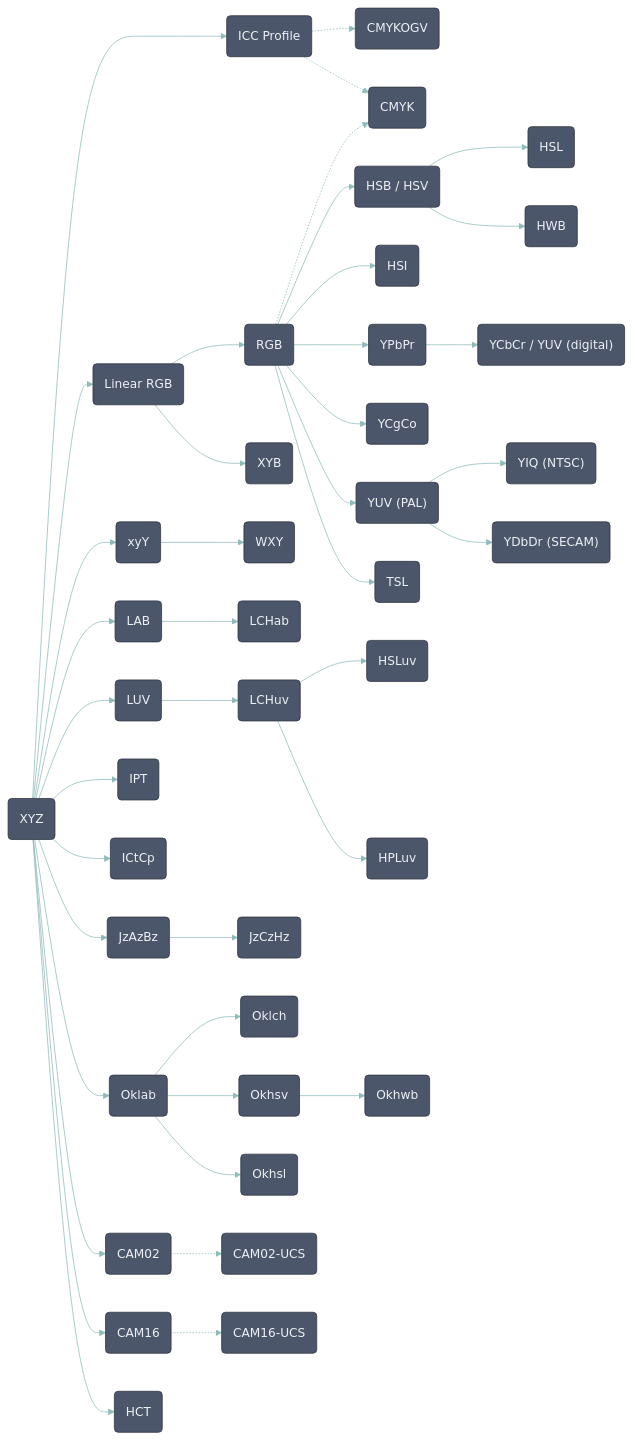
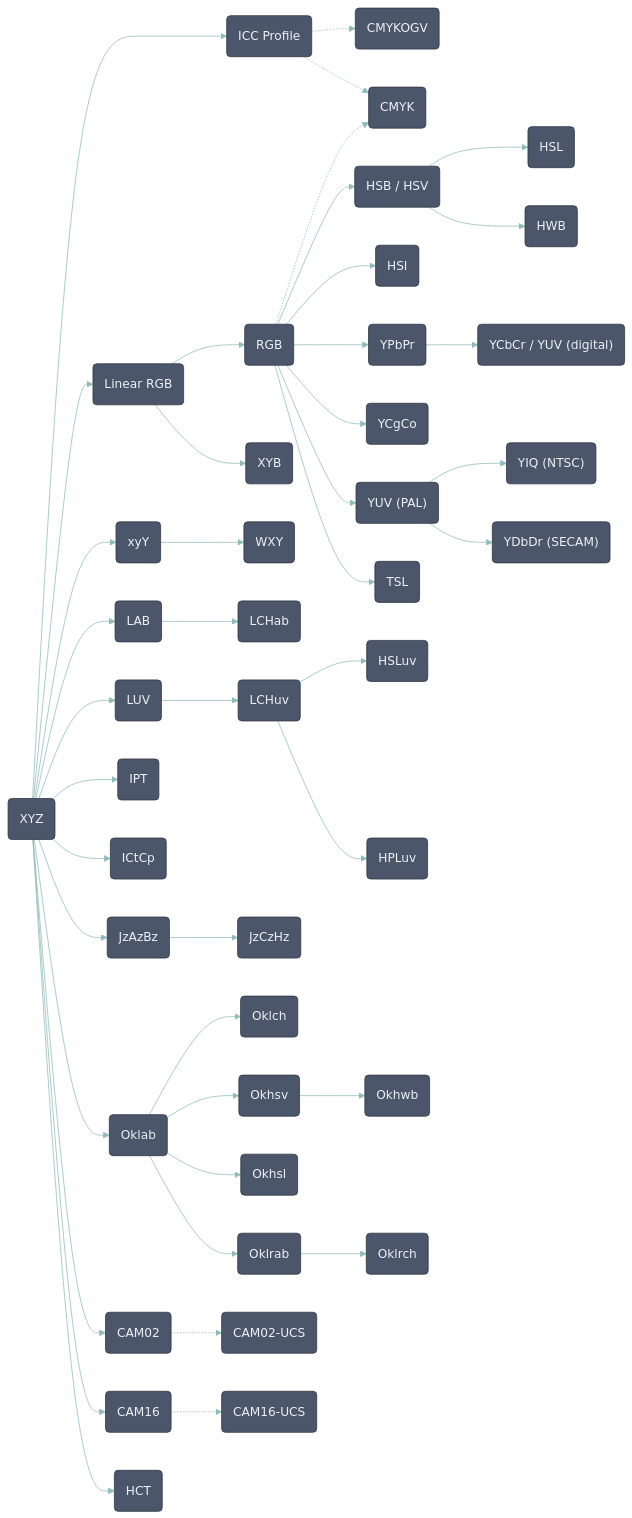
The first of 2 diagrams in Unicolour.Readme/README.md (waacton/Unicolour), drawn with Mermaid before and after one commit. The commit also changed other lines of this file and 28 other files, not shown here.

Commit message:
Add Oklrab & Oklrch support

```diff
--- a/Unicolour.Readme/README.md
+++ b/Unicolour.Readme/README.md
@@ -228,6 +230,8 @@
   OKHSV(Okhsv)
   OKHSL(Okhsl)
   OKHWB(Okhwb)
+  OKLRAB(Oklrab)
+  OKLRCH(Oklrch)
   CAM02(CAM02)
   CAM02UCS(CAM02-UCS)
   CAM16(CAM16)
@@ -272,6 +276,8 @@
   OKLAB --> OKHSV
   OKLAB --> OKHSL
   OKHSV --> OKHWB
+  OKLAB --> OKLRAB
+  OKLRAB --> OKLRCH
   XYZ --> CAM02
   CAM02 -.-> CAM02UCS
   XYZ --> CAM16
```
